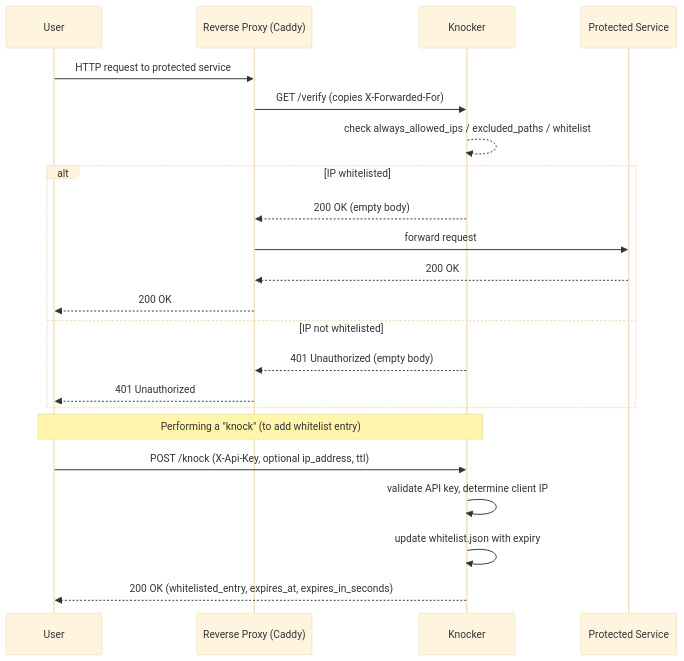
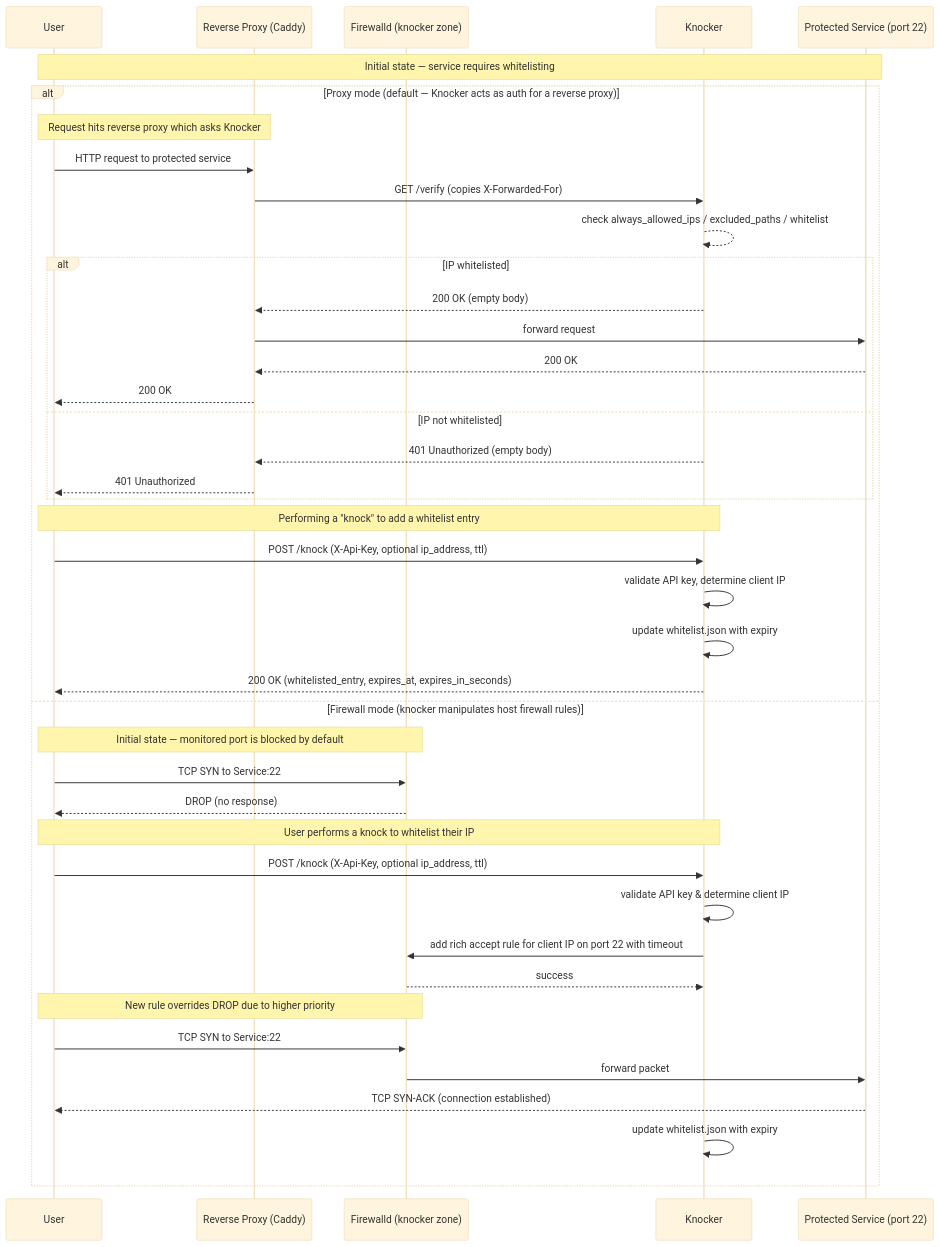
Before and after one commit to FarisZR/FarisZR.com: the diagram in content/post/knocker-access-your-homelab-without-vpn/index.md, drawn with Mermaid (base theme). The commit also changed other lines of this file, not shown here.

Commit message:
update draft

````diff
--- a/content/post/knocker-access-your-homelab-without-vpn/index.md
+++ b/content/post/knocker-access-your-homelab-without-vpn/index.md
@@ -27,26 +27,48 @@
 ```mermaid
 sequenceDiagram
     participant User
     participant Caddy as Reverse Proxy (Caddy)
+    participant Firewall as Firewalld (knocker zone)
     participant Knocker
-    participant Service as Protected Service
+    participant Service as Protected Service (port 22)
 
-    User->>Caddy: HTTP request to protected service
-    Caddy->>Knocker: GET /verify (copies X-Forwarded-For)
-    Knocker-->>Knocker: check always_allowed_ips / excluded_paths / whitelist
-    alt IP whitelisted
-        Knocker-->>Caddy: 200 OK (empty body)
-        Caddy->>Service: forward request
-        Service-->>Caddy: 200 OK
-        Caddy-->>User: 200 OK
-    else IP not whitelisted
-        Knocker-->>Caddy: 401 Unauthorized (empty body)
-        Caddy-->>User: 401 Unauthorized
+    Note over User,Service: Initial state — service requires whitelisting
+
+    alt Proxy mode (default — Knocker acts as auth for a reverse proxy)
+        Note over User,Caddy: Request hits reverse proxy which asks Knocker
+        User->>Caddy: HTTP request to protected service
+        Caddy->>Knocker: GET /verify (copies X-Forwarded-For)
+        Knocker-->>Knocker: check always_allowed_ips / excluded_paths / whitelist
+        alt IP whitelisted
+            Knocker-->>Caddy: 200 OK (empty body)
+            Caddy->>Service: forward request
+            Service-->>Caddy: 200 OK
+            Caddy-->>User: 200 OK
+        else IP not whitelisted
+            Knocker-->>Caddy: 401 Unauthorized (empty body)
+            Caddy-->>User: 401 Unauthorized
+        end
+
+        Note over User,Knocker: Performing a "knock" to add a whitelist entry
+        User->>Knocker: POST /knock (X-Api-Key, optional ip_address, ttl)
+        Knocker->>Knocker: validate API key, determine client IP
+        Knocker->>Knocker: update whitelist.json with expiry
+        Knocker-->>User: 200 OK (whitelisted_entry, expires_at, expires_in_seconds)
+    else Firewall mode (knocker manipulates host firewall rules)
+        Note over User,Firewall: Initial state — monitored port is blocked by default
+        User->>Firewall: TCP SYN to Service:22
+        Firewall-->>User: DROP (no response)
+
+        Note over User,Knocker: User performs a knock to whitelist their IP
+        User->>Knocker: POST /knock (X-Api-Key, optional ip_address, ttl)
+        Knocker->>Knocker: validate API key & determine client IP
+        Knocker->>Firewall: add rich accept rule for client IP on port 22 with timeout
+        Firewall-->>Knocker: success
+
+        Note over Firewall,User: New rule overrides DROP due to higher priority
+        User->>Firewall: TCP SYN to Service:22
+        Firewall->>Service: forward packet
+        Service-->>User: TCP SYN-ACK (connection established)
+        Knocker->>Knocker: update whitelist.json with expiry
     end
-
-    Note over User,Knocker: Performing a "knock" (to add whitelist entry)
-    User->>Knocker: POST /knock (X-Api-Key, optional ip_address, ttl)
-    Knocker->>Knocker: validate API key, determine client IP
-    Knocker->>Knocker: update whitelist.json with expiry
-    Knocker-->>User: 200 OK (whitelisted_entry, expires_at, expires_in_seconds)
 ```
````
